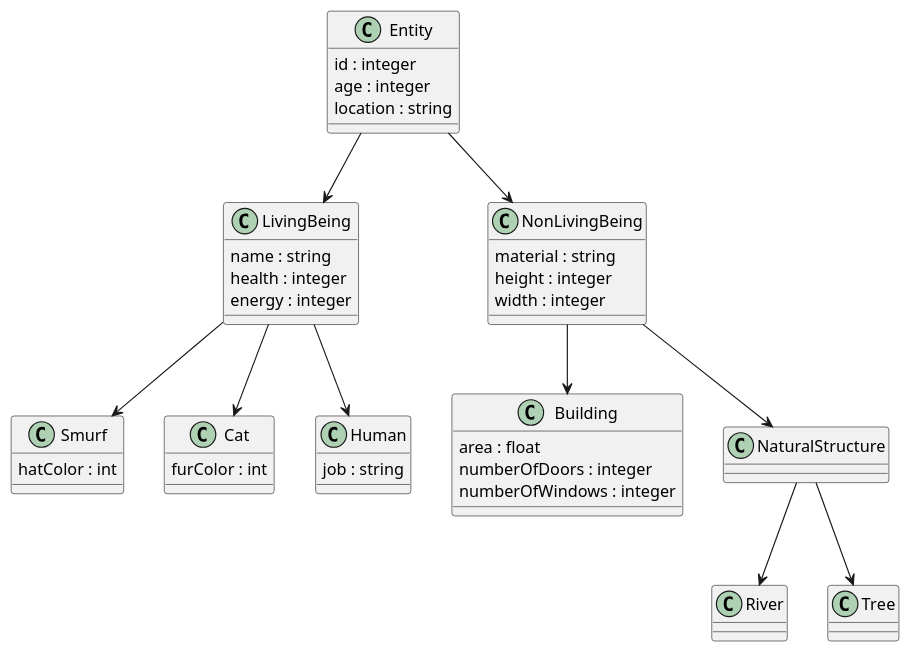
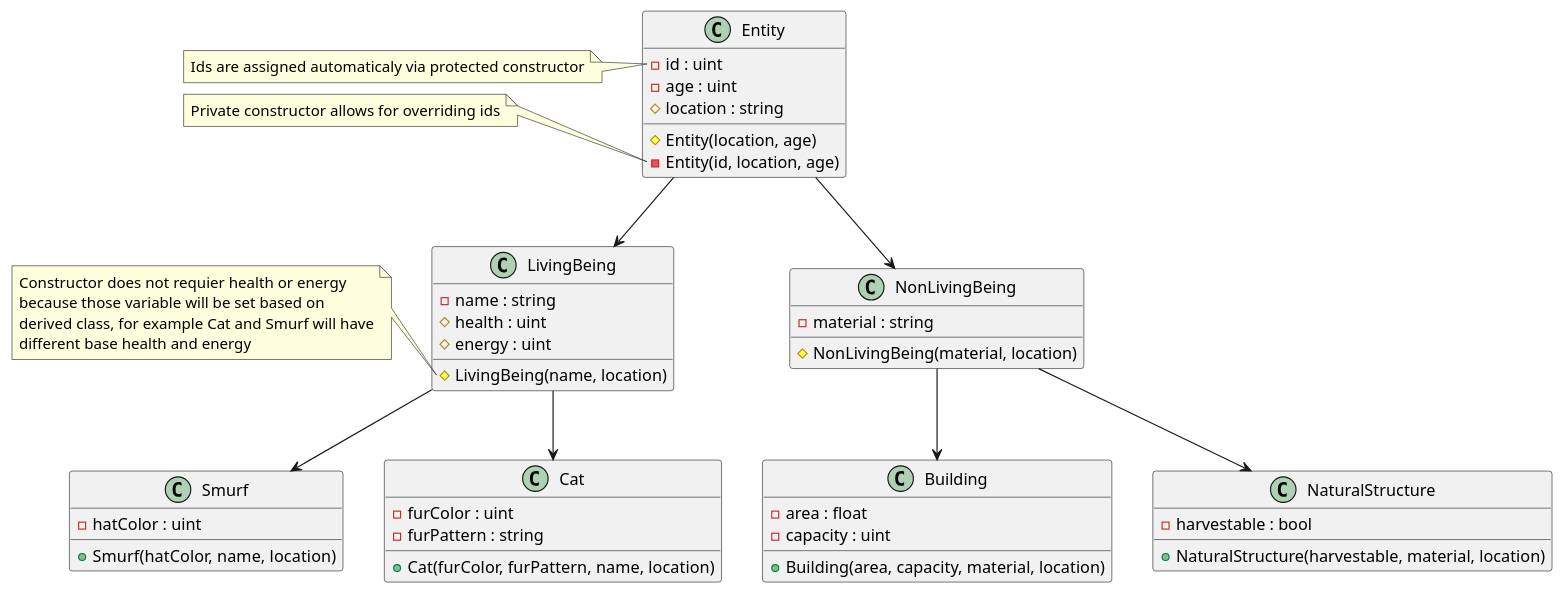
Before and after one commit to kamilix2003/SmurfVillage: the diagram in README.md, drawn with PlantUML. The commit also changed other lines of this file and 9 other files, not shown here.

````diff
--- a/README.md
+++ b/README.md
@@ -3,66 +3,78 @@
 ```plantuml
 @startuml
 
 class Entity {
-    id : integer
-    age : integer
-    location : string
+    - id : uint
+    - age : uint
+    # location : string
+
+    # Entity(location, age)
+    - Entity(id, location, age)
 }
 
+note left of Entity::id
+    Ids are assigned automaticaly via protected constructor
+endnote
+
+note left of Entity::"Entity(id, location, age)"
+    Private constructor allows for overriding ids
+endnote
+
 class LivingBeing{
-    name : string
-    health : integer
-    energy : integer
+    - name : string
+    # health : uint
+    # energy : uint
+
+    # LivingBeing(name, location)
 }
 
+note left of LivingBeing::"LivingBeing(name, location)"
+    Constructor does not requier health or energy
+    because those variable will be set based on
+    derived class, for example Cat and Smurf will have
+    different base health and energy
+endnote
+
 class Smurf {
-    hatColor : int
+    - hatColor : uint
+
+    + Smurf(hatColor, name, location)
 }
 
 class Cat {
-    furColor : int
-}
+    - furColor : uint
+    - furPattern : string
 
-class Human {
-    job : string
+    + Cat(furColor, furPattern, name, location)
 }
 
 class NonLivingBeing {
-    material : string
-    height : integer
-    width : integer
+    - material : string
+
+    # NonLivingBeing(material, location)
 }
 
 class Building {
-    area : float
-    numberOfDoors : integer
-    numberOfWindows : integer
+    - area : float
+    - capacity : uint
+
+    + Building(area, capacity, material, location)
 }
 
 class NaturalStructure {
+    - harvestable : bool
 
-}
-
-class River {
-
-}
-
-class Tree {
-
+    + NaturalStructure(harvestable, material, location)
 }
 
 Entity --> LivingBeing
 Entity --> NonLivingBeing
 
 LivingBeing --> Smurf
 LivingBeing --> Cat
-LivingBeing --> Human
 
 NonLivingBeing --> Building
 NonLivingBeing --> NaturalStructure
 
-NaturalStructure --> Tree
-NaturalStructure --> River
-
 @enduml
 ```
````
